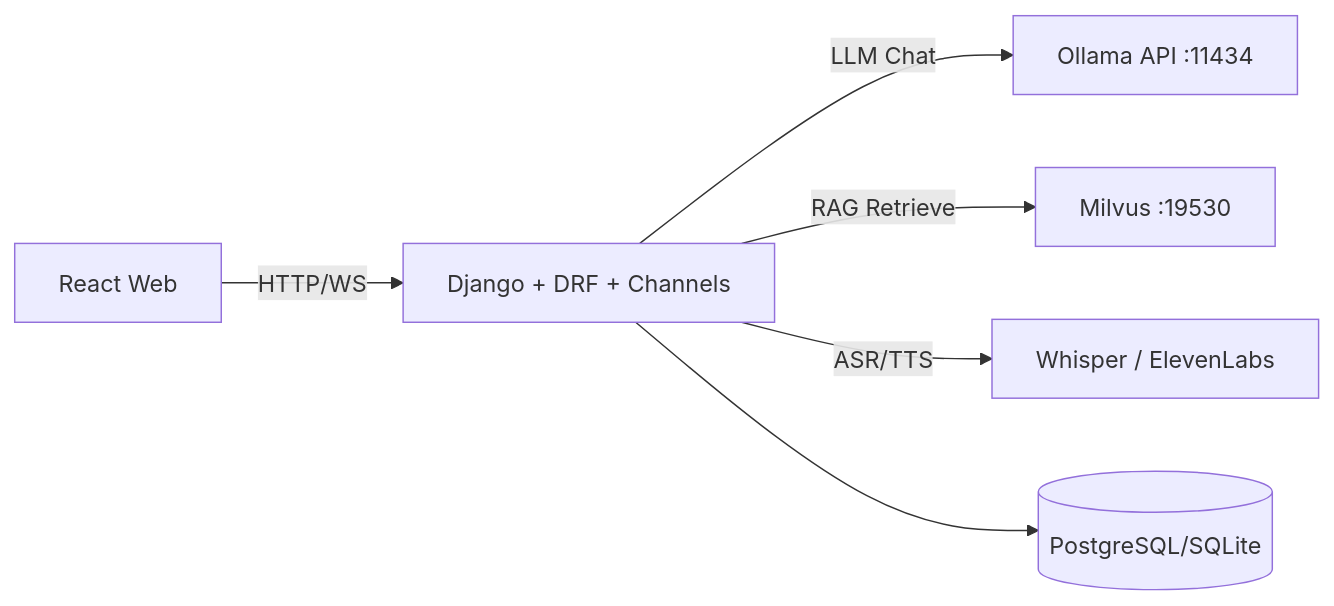
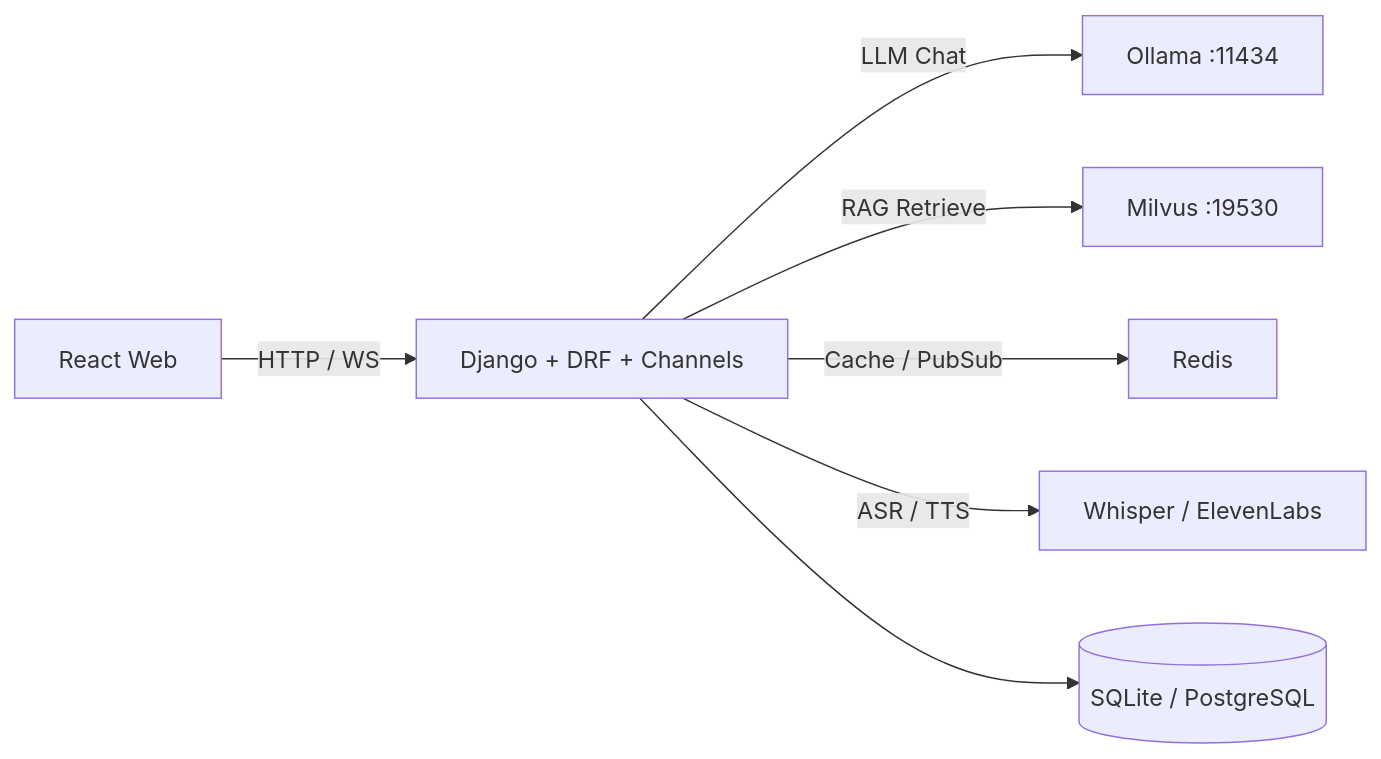
Before and after one commit to ByteTitan-star/Agent_SoulMate: the diagram in README.md, drawn with Mermaid. The commit also changed other lines of this file and 2 other files, not shown here.

````diff
--- a/README.md
+++ b/README.md
@@ -32,8 +73,9 @@
 ```mermaid
 flowchart LR
-  A[React Web] -->|HTTP/WS| B[Django + DRF + Channels]
-  B -->|LLM Chat| C[Ollama API :11434]
+  A[React Web] -->|HTTP / WS| B[Django + DRF + Channels]
+  B -->|LLM Chat| C[Ollama :11434]
   B -->|RAG Retrieve| D[Milvus :19530]
-  B -->|ASR/TTS| E[Whisper / ElevenLabs]
-  B --> F[(PostgreSQL/SQLite)]
+  B -->|Cache / PubSub| E[Redis]
+  B -->|ASR / TTS| F[Whisper / ElevenLabs]
+  B --> G[(SQLite / PostgreSQL)]
 ```
````
